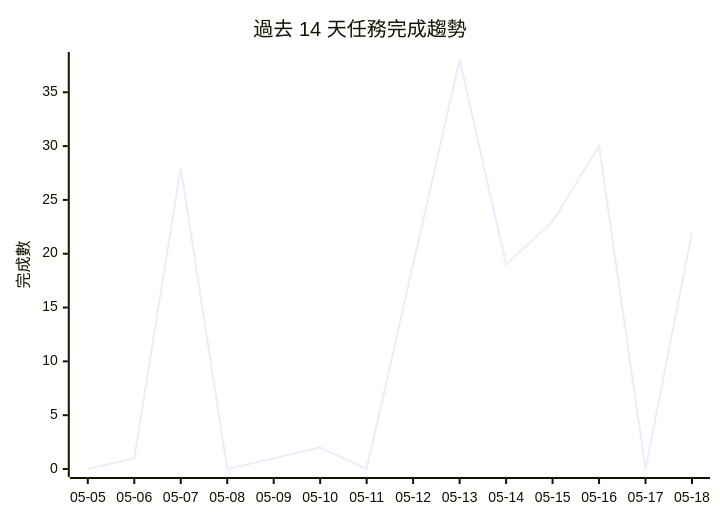
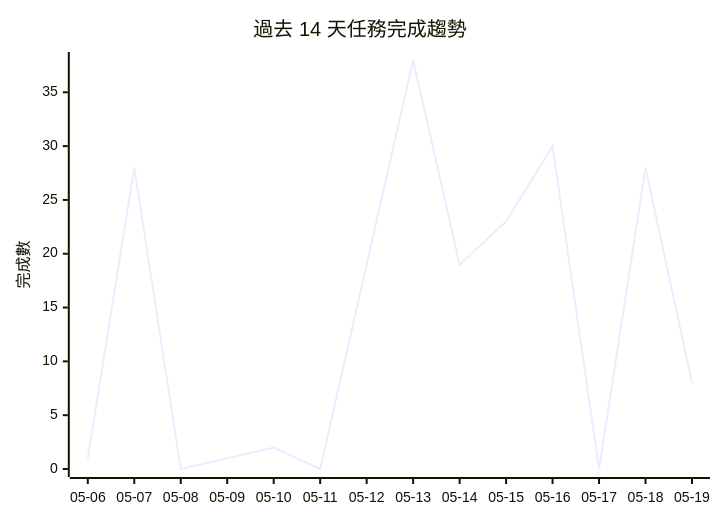
Before and after one commit to openclawchen8-lgtm/openclawchen8-lgtm: the diagram in README.md, drawn with Mermaid. The commit also changed other lines of this file, not shown here.

````diff
--- a/README.md
+++ b/README.md
@@ -175,7 +179,7 @@
 ```mermaid
 xychart-beta
     title "過去 14 天任務完成趨勢"
-    x-axis ["05-05", "05-06", "05-07", "05-08", "05-09", "05-10", "05-11", "05-12", "05-13", "05-14", "05-15", "05-16", "05-17", "05-18"]
+    x-axis ["05-06", "05-07", "05-08", "05-09", "05-10", "05-11", "05-12", "05-13", "05-14", "05-15", "05-16", "05-17", "05-18", "05-19"]
     y-axis "完成數" 0 --> 38
-    line [0, 1, 28, 0, 1, 2, 0, 19, 38, 19, 23, 30, 0, 22]
+    line [1, 28, 0, 1, 2, 0, 19, 38, 19, 23, 30, 0, 28, 8]
 ```
````
